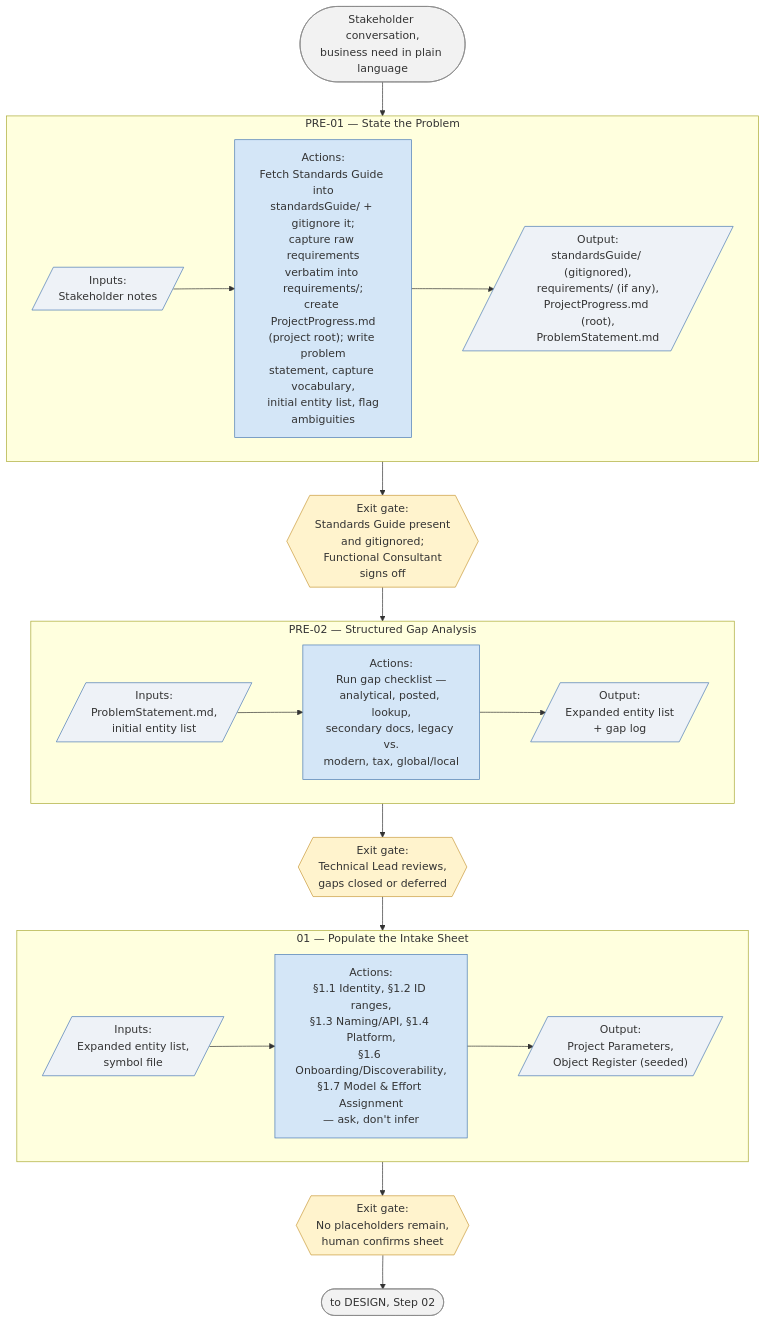
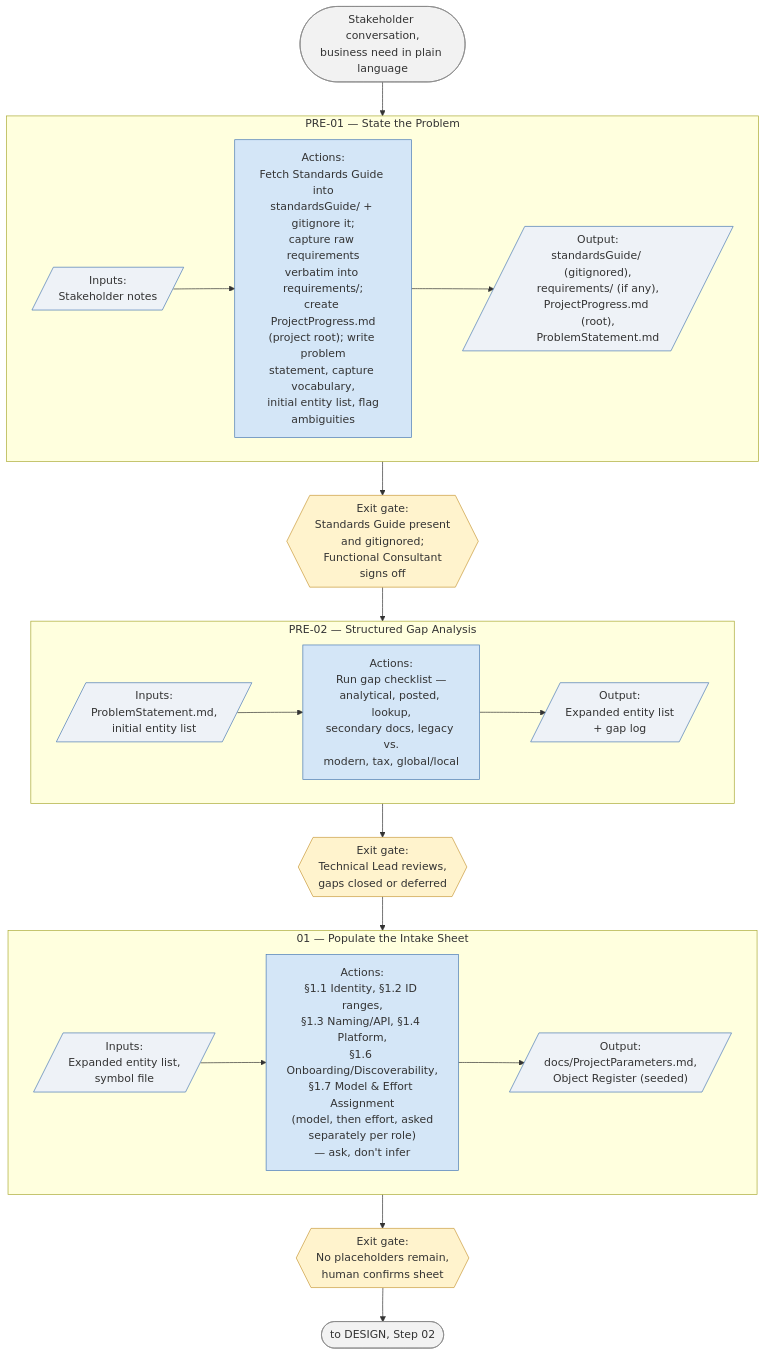
One commit to ajansari/ocpfBcAgenticDevFramework changed the third of 8 diagrams in RunbookSchematics.md. Above: the diagram before and after it, drawn with Mermaid. The commit also changed other lines of this file and 4 other files, not shown here.

Commit message:
Update version numbers and enhance documentation for Project Parameters and thinking effort in Lite and full frameworks

````diff
--- a/RunbookSchematics.md
+++ b/RunbookSchematics.md
@@ -126,35 +126,35 @@
 ```mermaid
 flowchart TD
     Start(["Stakeholder conversation,<br/>business need in plain language"]) --> PRE01
 
     subgraph PRE01["PRE-01 — State the Problem"]
         direction LR
         In1[/"Inputs:<br/>Stakeholder notes"/] --> Act1["Actions:<br/>Fetch Standards Guide into<br/>standardsGuide/ + gitignore it;<br/>capture raw requirements<br/>verbatim into requirements/;<br/>create ProjectProgress.md<br/>(project root); write problem<br/>statement, capture vocabulary,<br/>initial entity list, flag<br/>ambiguities"] --> Out1[/"Output:<br/>standardsGuide/ (gitignored),<br/>requirements/ (if any),<br/>ProjectProgress.md (root),<br/>ProblemStatement.md"/]
     end
     PRE01 --> Gate1{{"Exit gate:<br/>Standards Guide present<br/>and gitignored;<br/>Functional Consultant<br/>signs off"}}
 
     Gate1 --> PRE02
     subgraph PRE02["PRE-02 — Structured Gap Analysis"]
         direction LR
         In2[/"Inputs:<br/>ProblemStatement.md,<br/>initial entity list"/] --> Act2["Actions:<br/>Run gap checklist —<br/>analytical, posted, lookup,<br/>secondary docs, legacy vs.<br/>modern, tax, global/local"] --> Out2[/"Output:<br/>Expanded entity list<br/>+ gap log"/]
     end
     PRE02 --> Gate2{{"Exit gate:<br/>Technical Lead reviews,<br/>gaps closed or deferred"}}
 
     Gate2 --> S01
     subgraph S01["01 — Populate the Intake Sheet"]
         direction LR
-        In3[/"Inputs:<br/>Expanded entity list,<br/>symbol file"/] --> Act3["Actions:<br/>§1.1 Identity, §1.2 ID ranges,<br/>§1.3 Naming/API, §1.4 Platform,<br/>§1.6 Onboarding/Discoverability,<br/>§1.7 Model & Effort Assignment<br/>— ask, don't infer"] --> Out3[/"Output:<br/>Project Parameters,<br/>Object Register (seeded)"/]
+        In3[/"Inputs:<br/>Expanded entity list,<br/>symbol file"/] --> Act3["Actions:<br/>§1.1 Identity, §1.2 ID ranges,<br/>§1.3 Naming/API, §1.4 Platform,<br/>§1.6 Onboarding/Discoverability,<br/>§1.7 Model & Effort Assignment<br/>(model, then effort, asked<br/>separately per role)<br/>— ask, don't infer"] --> Out3[/"Output:<br/>docs/ProjectParameters.md,<br/>Object Register (seeded)"/]
     end
     S01 --> Gate3{{"Exit gate:<br/>No placeholders remain,<br/>human confirms sheet"}}
 
     Gate3 --> Next(["to DESIGN, Step 02"])
 
     classDef io fill:#eef2f7,stroke:#4a7ab5,stroke-width:1px;
     classDef act fill:#d4e6f7,stroke:#4a7ab5,stroke-width:1px;
     classDef gate fill:#fff3cd,stroke:#c99a3a,stroke-width:1px;
     classDef endpoint fill:#f2f2f2,stroke:#888,stroke-width:1px;
     class In1,Out1,In2,Out2,In3,Out3 io;
     class Act1,Act2,Act3 act;
     class Gate1,Gate2,Gate3 gate;
     class Start,Next endpoint;
 ```
````
